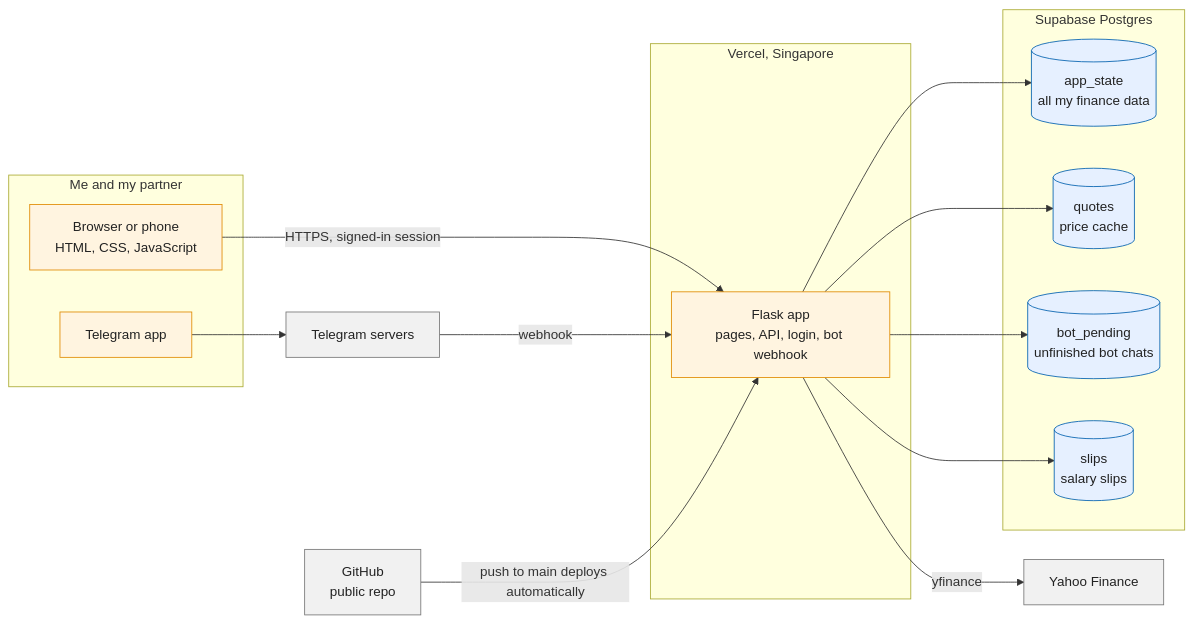
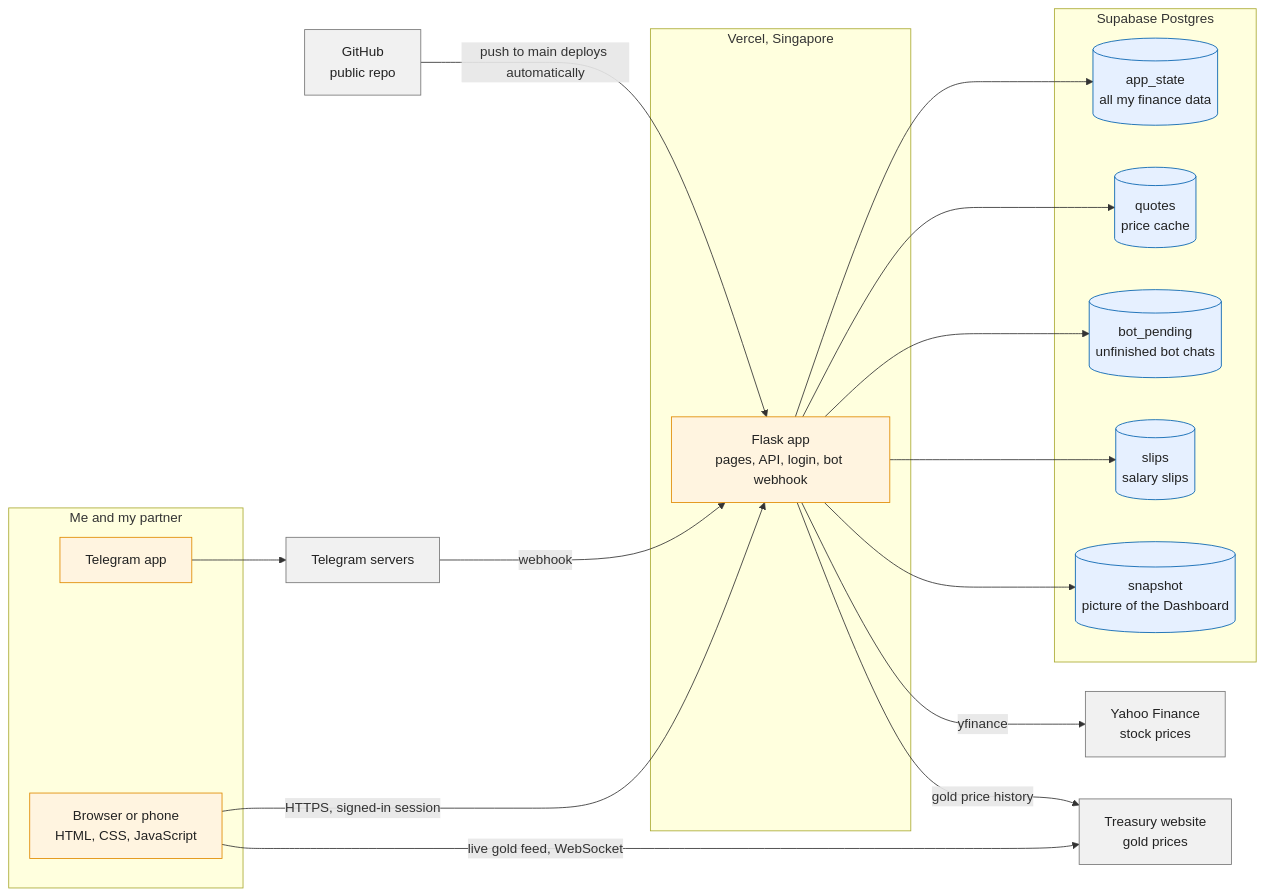
The first of 9 diagrams in README.md (darren7753/Personal-Finance), drawn with Mermaid before and after one commit. The commit also changed other lines of this file, not shown here.

Commit message:
README: Treasury gold feed, Stockbit-exact stock maths, Finance summary picture, updated diagrams

````diff
--- a/README.md
+++ b/README.md
@@ -33,39 +35,44 @@
 ```mermaid
 flowchart LR
     subgraph users["Me and my partner"]
         B["Browser or phone<br/>HTML, CSS, JavaScript"]
         T["Telegram app"]
     end
 
     subgraph vercel["Vercel, Singapore"]
         F["Flask app<br/>pages, API, login, bot webhook"]
     end
 
     subgraph supa["Supabase Postgres"]
         D1[("app_state<br/>all my finance data")]
         D2[("quotes<br/>price cache")]
         D3[("bot_pending<br/>unfinished bot chats")]
         D4[("slips<br/>salary slips")]
+        D5[("snapshot<br/>picture of the Dashboard")]
     end
 
-    Y["Yahoo Finance"]
+    Y["Yahoo Finance<br/>stock prices"]
+    TR["Treasury website<br/>gold prices"]
     TG["Telegram servers"]
     G["GitHub<br/>public repo"]
 
     B -- "HTTPS, signed-in session" --> F
+    B -- "live gold feed, WebSocket" --> TR
     T --> TG
     TG -- "webhook" --> F
     F --> D1
     F --> D2
     F --> D3
     F --> D4
+    F --> D5
     F -- "yfinance" --> Y
+    F -- "gold price history" --> TR
     G -- "push to main deploys automatically" --> F
 
     classDef app fill:#fff4e0,stroke:#e08a00,color:#222
     classDef data fill:#e6f0ff,stroke:#0060af,color:#222
     classDef ext fill:#f1f1f1,stroke:#777,color:#222
     class B,T,F app
-    class D1,D2,D3,D4 data
-    class Y,TG,G ext
+    class D1,D2,D3,D4,D5 data
+    class Y,TR,TG,G ext
 ```
````
